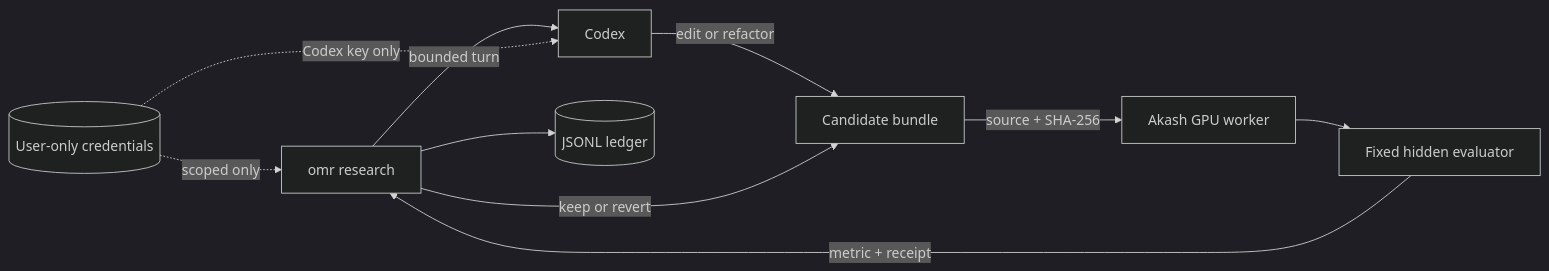
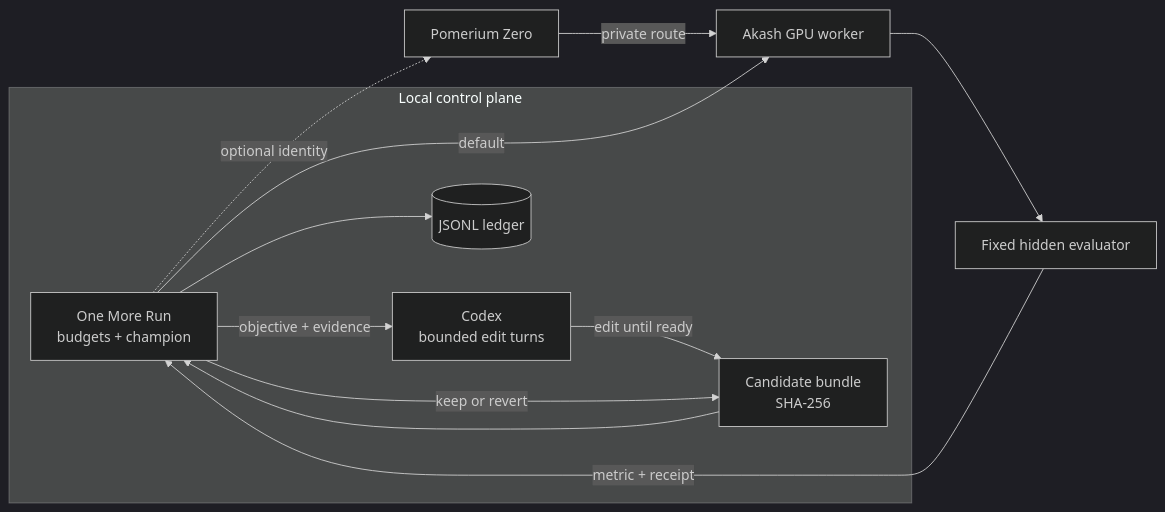
Before and after one commit to drukpa1455/one-more-run: the diagram in README.md, drawn with Mermaid (dark theme). The commit also changed other lines of this file and 30 other files, not shown here.

````diff
--- a/README.md
+++ b/README.md
@@ -10,12 +10,19 @@
 ```mermaid
 flowchart LR
-    U[omr research] -->|bounded turn| C[Codex]
-    C -->|edit or refactor| S[Candidate bundle]
-    S -->|source + SHA-256| W[Akash GPU worker]
+    subgraph Local[Local control plane]
+        U[One More Run<br/>budgets + champion]
+        C[Codex<br/>bounded edit turns]
+        S[Candidate bundle<br/>SHA-256]
+        L[(JSONL ledger)]
+        U -->|objective + evidence| C
+        C -->|edit until ready| S
+        S --> U
+        U --> L
+    end
+    U -->|default| W[Akash GPU worker]
+    U -. optional identity .-> P[Pomerium Zero]
+    P -->|private route| W
     W --> E[Fixed hidden evaluator]
     E -->|metric + receipt| U
     U -->|keep or revert| S
-    U --> L[(JSONL ledger)]
-    K[(User-only credentials)] -. scoped only .-> U
-    K -. Codex key only .-> C
 ```
````
